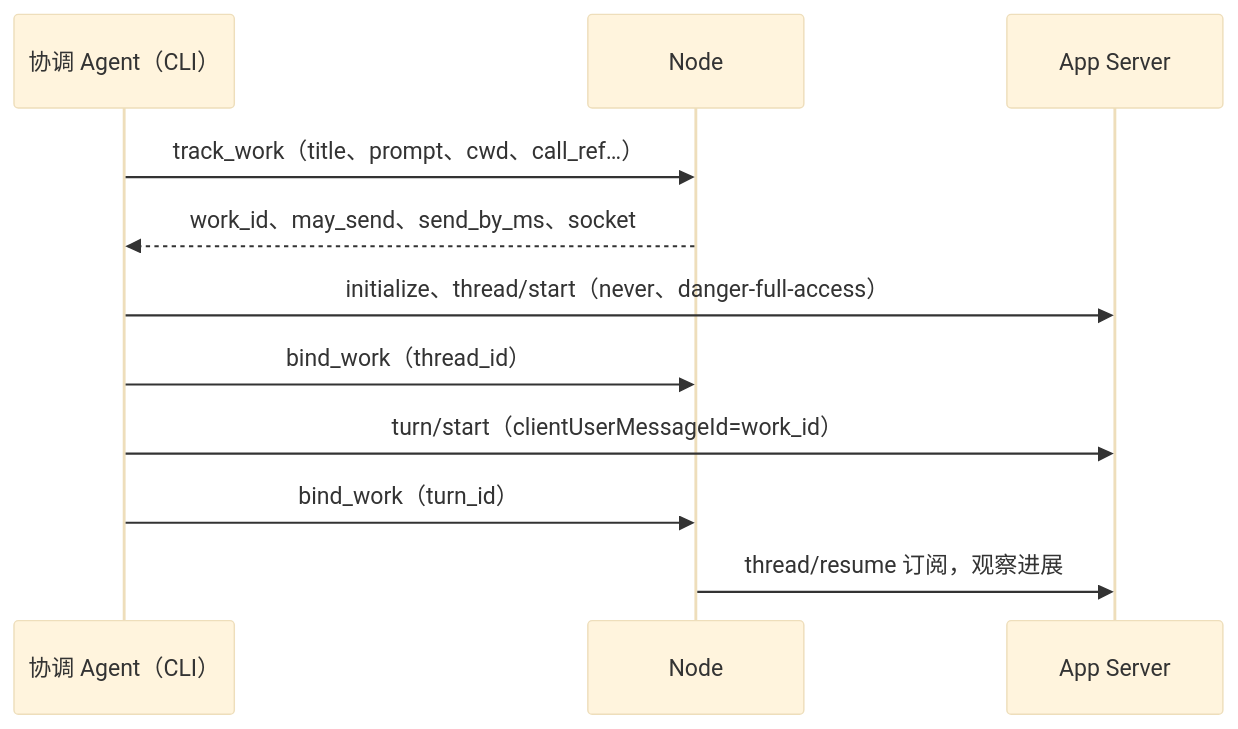
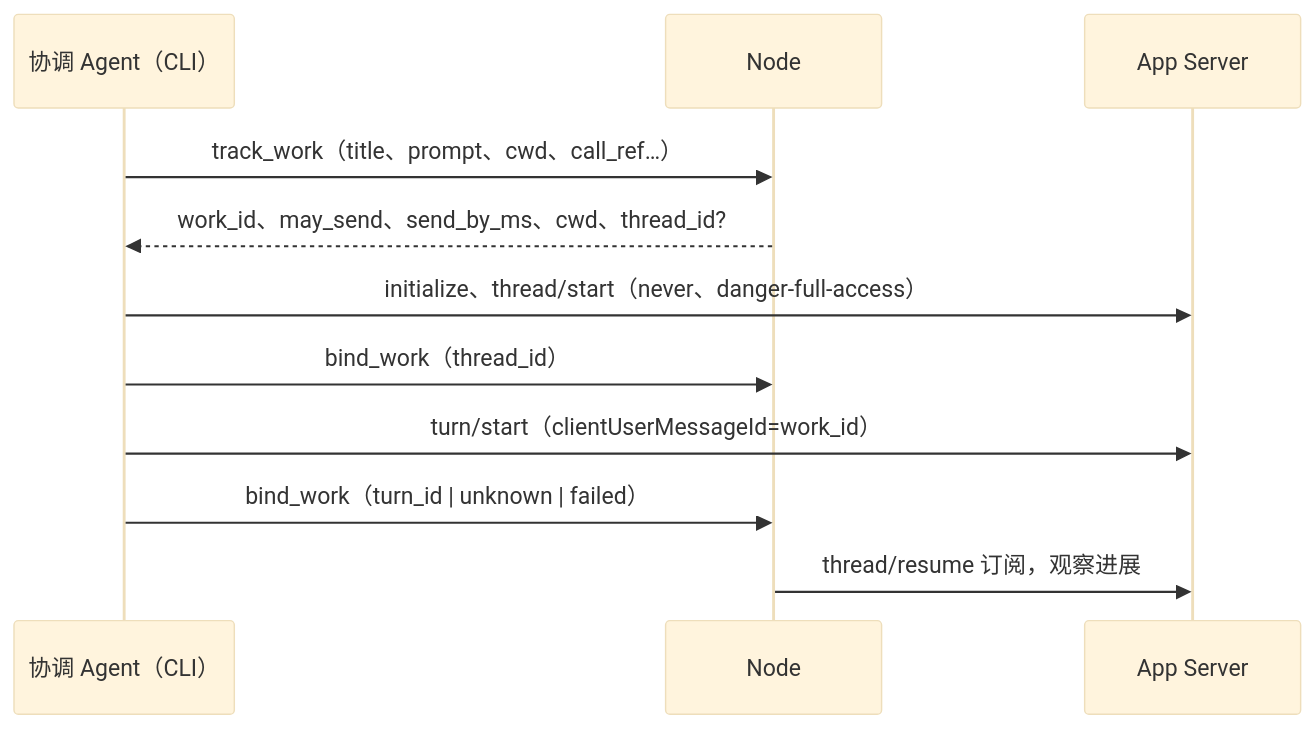
One commit to leaperone/vibeface changed the diagram in docs/design/agent-direct-app-server.md. Above: the diagram before and after it, drawn with Mermaid (base theme). The commit also changed other lines of this file and 4 other files, not shown here.

````diff
--- a/docs/design/agent-direct-app-server.md
+++ b/docs/design/agent-direct-app-server.md
@@ -50,13 +73,13 @@
 ```mermaid
 sequenceDiagram
 	participant A as 协调 Agent（CLI）
 	participant N as Node
 	participant X as App Server
 	A->>N: track_work（title、prompt、cwd、call_ref…）
-	N-->>A: work_id、may_send、send_by_ms、socket
+	N-->>A: work_id、may_send、send_by_ms、cwd、thread_id?
 	A->>X: initialize、thread/start（never、danger-full-access）
 	A->>N: bind_work（thread_id）
 	A->>X: turn/start（clientUserMessageId=work_id）
-	A->>N: bind_work（turn_id）
+	A->>N: bind_work（turn_id | unknown | failed）
 	N->>X: thread/resume 订阅，观察进展
 ```
````
